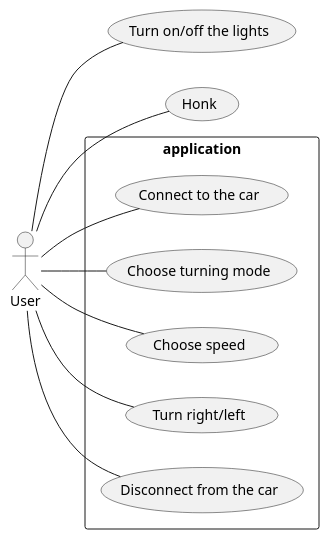
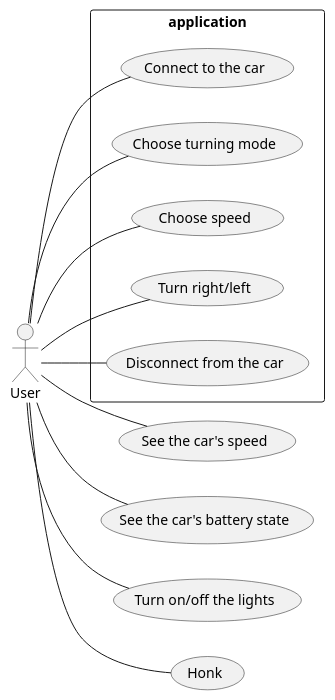
Before and after one commit to Zagrael/WRC_Car: the diagram in app/src/main/java/WFRC_UseCases.puml, drawn with PlantUML. The commit also changed 1 other file, not shown here.

Commit message:
Diagramme d'activité : Connexion

```diff
--- a/app/src/main/java/WFRC_UseCases.puml
+++ b/app/src/main/java/WFRC_UseCases.puml
@@ -1,15 +1,18 @@
 @startuml
 left to right direction
 
 Actor User
 
 rectangle application{
-User -- (Connect to the car)
-User -- (Choose turning mode)
-User -- (Choose speed)
-User -- (Turn right/left)
+User - (Connect to the car)
+User - (Choose turning mode)
+User - (Choose speed)
+User - (Turn right/left)
 User -- (Disconnect from the car)
 }
+
+User -- (See the car's speed)
+User -- (See the car's battery state)
 User -- (Turn on/off the lights)
 User -- (Honk)
 @enduml
```
